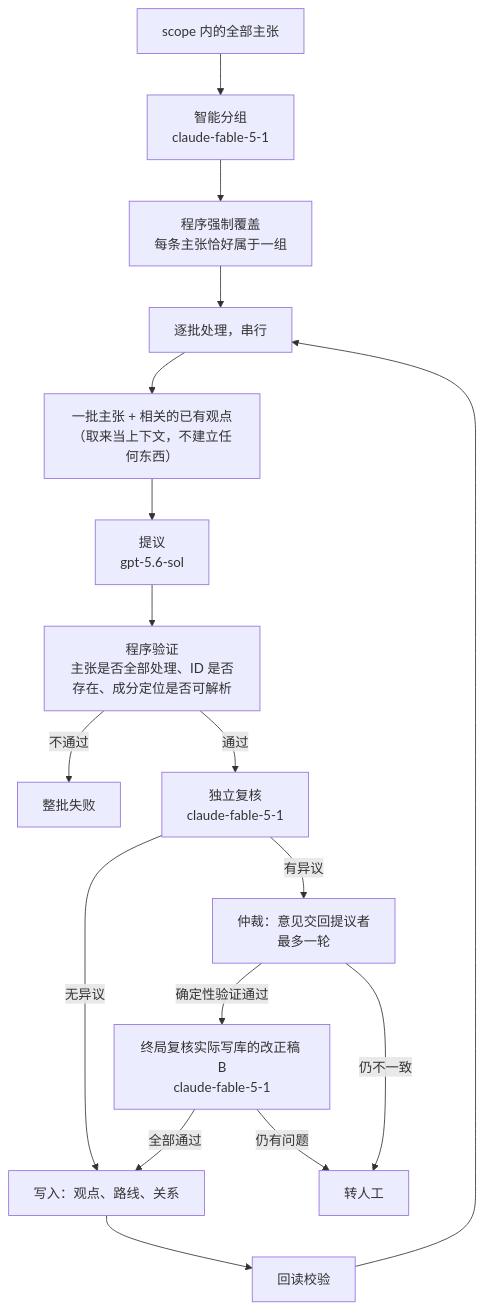
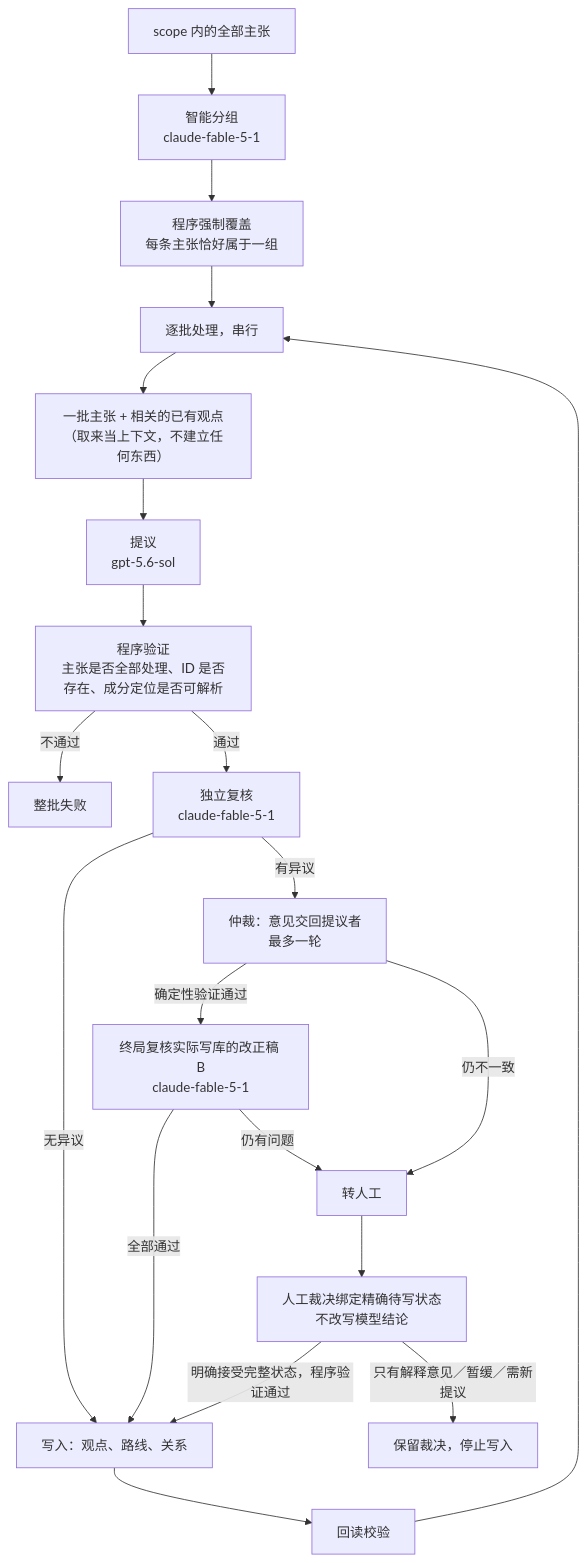
One commit to junyang168/smart-answer changed the second of 4 diagrams in docs/wang-knowledge-platform/20-knowledge/canonical_viewpoint_design.md. Above: the diagram before and after it, drawn with Mermaid. The commit also changed other lines of this file and 5 other files, not shown here.

````diff
--- a/docs/wang-knowledge-platform/20-knowledge/canonical_viewpoint_design.md
+++ b/docs/wang-knowledge-platform/20-knowledge/canonical_viewpoint_design.md
@@ -120,19 +120,22 @@
 ```mermaid
 flowchart TD
     SC["scope 内的全部主张"] --> G["智能分组<br/>claude-fable-5-1"]
     G --> RP["程序强制覆盖<br/>每条主张恰好属于一组"]
     RP --> B["逐批处理，串行"]
     B --> S["一批主张 + 相关的已有观点<br/>（取来当上下文，不建立任何东西）"]
     S --> P["提议<br/>gpt-5.6-sol"]
     P --> V["程序验证<br/>主张是否全部处理、ID 是否存在、成分定位是否可解析"]
     V -->|"不通过"| F["整批失败"]
     V -->|"通过"| R["独立复核<br/>claude-fable-5-1"]
     R -->|"无异议"| W["写入：观点、路线、关系"]
     R -->|"有异议"| C["仲裁：意见交回提议者<br/>最多一轮"]
     C -->|"确定性验证通过"| FR["终局复核实际写库的改正稿 B<br/>claude-fable-5-1"]
     C -->|"仍不一致"| H["转人工"]
     FR -->|"全部通过"| W
     FR -->|"仍有问题"| H
+    H --> HR["人工裁决绑定精确待写状态<br/>不改写模型结论"]
+    HR -->|"明确接受完整状态，程序验证通过"| W
+    HR -->|"只有解释意见／暂缓／需新提议"| HS["保留裁决，停止写入"]
     W --> RB["回读校验"]
     RB --> B
 ```
````
